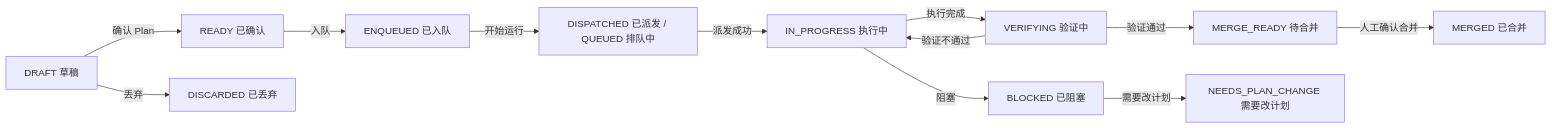
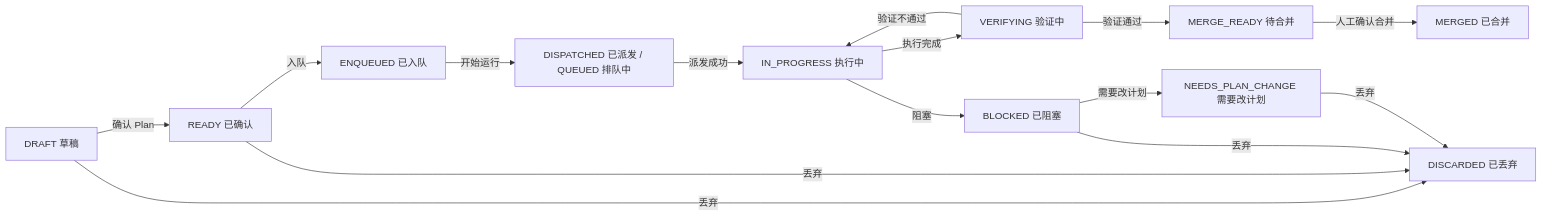
One commit to DigitalMarsh/pipeline-factory changed the third of 10 diagrams in docs/消息类型及事件状态机流程图.md. Above: the diagram before and after it, drawn with Mermaid. The commit also changed other lines of this file and 11 other files, not shown here.

````diff
--- a/docs/消息类型及事件状态机流程图.md
+++ b/docs/消息类型及事件状态机流程图.md
@@ -453,14 +469,17 @@
 ```mermaid
 flowchart LR
   D["DRAFT 草稿"] -->|"确认 Plan"| RD["READY 已确认"]
   D -->|"丢弃"| DS["DISCARDED 已丢弃"]
   RD -->|"入队"| EQ["ENQUEUED 已入队"]
   EQ -->|"开始运行"| DP["DISPATCHED 已派发 / QUEUED 排队中"]
   DP -->|"派发成功"| IP["IN_PROGRESS 执行中"]
   IP -->|"执行完成"| VF["VERIFYING 验证中"]
   VF -->|"验证通过"| MR["MERGE_READY 待合并"]
   VF -->|"验证不通过"| IP
   MR -->|"人工确认合并"| MG["MERGED 已合并"]
   IP -->|"阻塞"| BL["BLOCKED 已阻塞"]
   BL -->|"需要改计划"| NP["NEEDS_PLAN_CHANGE 需要改计划"]
+  RD -->|"丢弃"| DS
+  BL -->|"丢弃"| DS
+  NP -->|"丢弃"| DS
 ```
````
